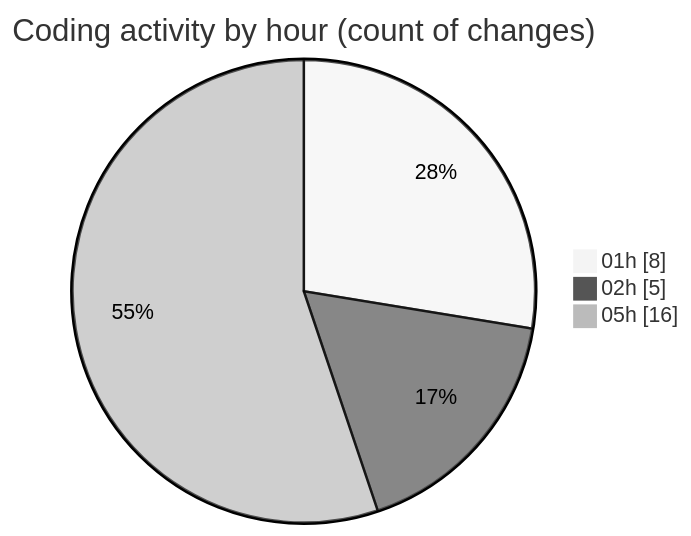
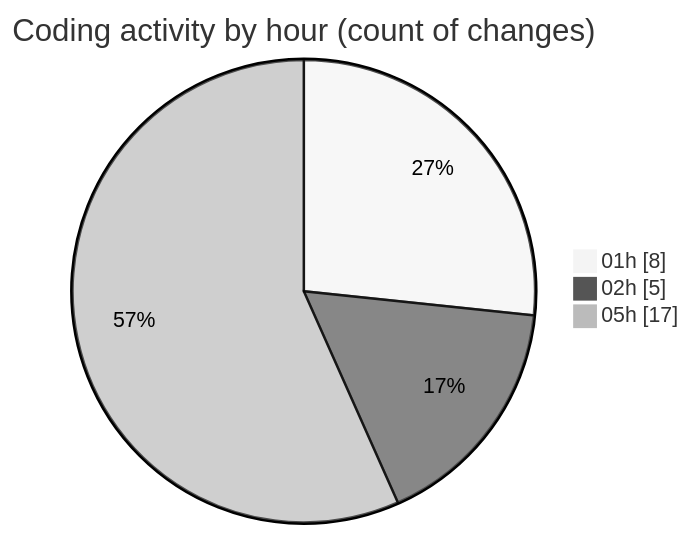
The second of 2 diagrams in 2025-11-21/eventscop-api-guide__workspace_/README.md (julien-gomy/code-tracking), drawn with Mermaid (neutral theme) before and after one commit. The commit also changed other lines of this file and 1 other file, not shown here.

````diff
--- a/2025-11-21/eventscop-api-guide__workspace_/README.md
+++ b/2025-11-21/eventscop-api-guide__workspace_/README.md
@@ -38,7 +39,7 @@
 ```mermaid
 pie showData
 title Coding activity by hour (count of changes)
 "01h" : 8
 "02h" : 5
-"05h" : 16
+"05h" : 17
 ```
````
